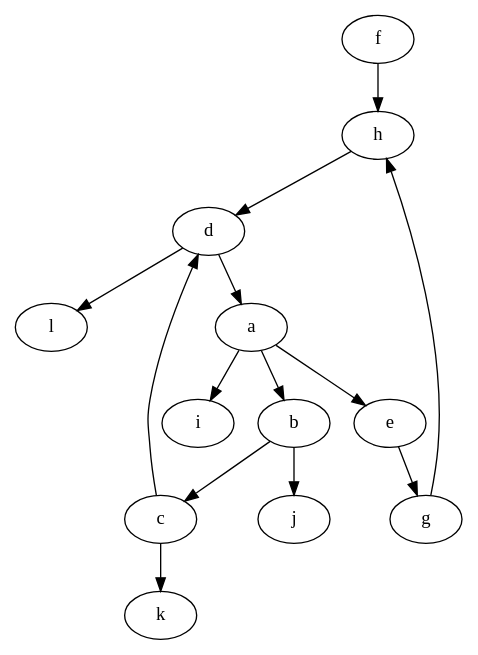
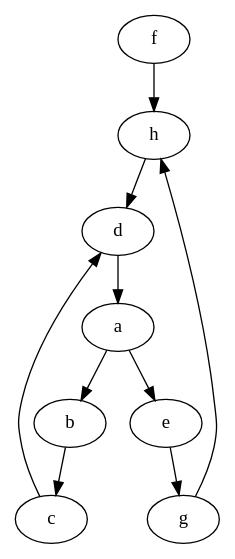
The diagram in src/main/resources/outputGraph.dot (anishnallani22/CSE-464-2024-anallani), drawn with Graphviz before and after one commit. The commit also changed 2 other files, not shown here.

Commit message:
Implemented BFS graph search functionality

```diff
--- a/src/main/resources/outputGraph.dot
+++ b/src/main/resources/outputGraph.dot
@@ -1,15 +1,11 @@
 digraph G {
   f -> h;
   a -> b;
   a -> e;
   h -> d;
   b -> c;
   c -> d;
   e -> g;
   d -> a;
   g -> h;
-  a -> i;
-  b -> j;
-  c -> k;
-  d -> l;
 }
```
